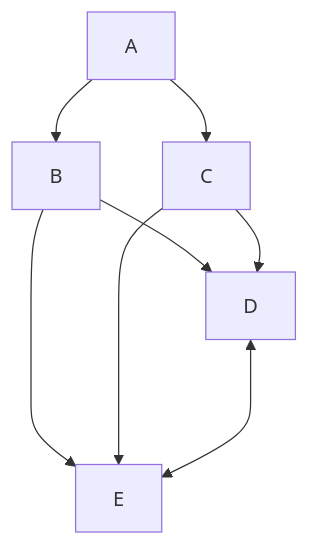
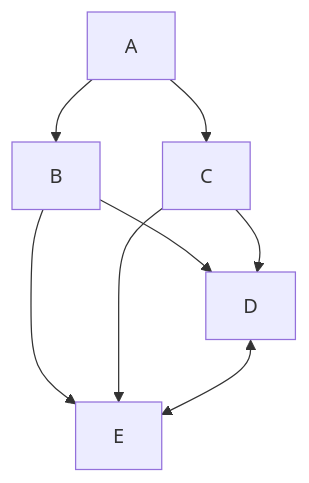
Before and after one commit to epretoriou-ercot/HelloWorld: the diagram in README.md, drawn with Mermaid.

Commit message:
Modified the diagram in README.md

````diff
--- a/README.md
+++ b/README.md
@@ -22,10 +22,10 @@
 ```mermaid
 graph TD;
     A-->B;
     A-->C;
     B-->D;
     B-->E;
     C-->E;
     C-->D;
-    D<--->E;
+    D<-->E;
 ```
````
